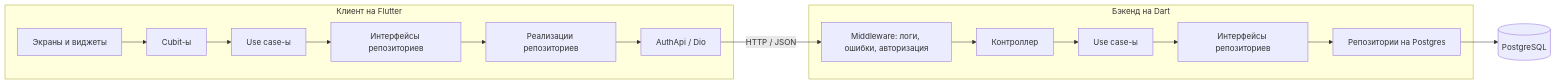
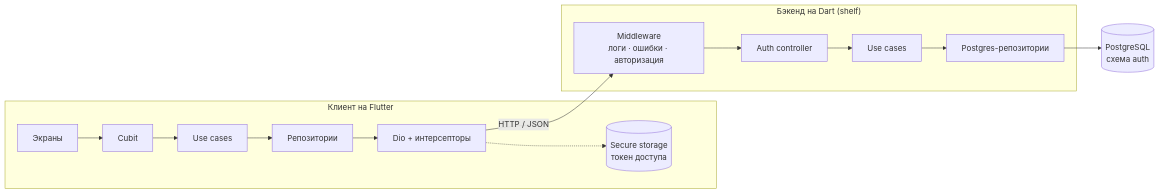
One commit to TrusTa01/flutter-shelf-auth-module changed the diagram in README.ru.md. Above: the diagram before and after it, drawn with Mermaid. The commit also changed other lines of this file and 8 other files, not shown here.

````diff
--- a/README.ru.md
+++ b/README.ru.md
@@ -98,18 +96,18 @@
 ```mermaid
 flowchart LR
-  subgraph Client [Клиент на Flutter]
-    UI[Экраны и виджеты] --> C[Cubit-ы]
-    C --> UC[Use case-ы]
-    UC --> R[Интерфейсы репозиториев]
-    R --> D[Реализации репозиториев]
-    D --> API[AuthApi / Dio]
-  end
-  subgraph Server [Бэкенд на Dart]
-    MW[Middleware: логи, ошибки, авторизация] --> H[Контроллер]
-    H --> SUC[Use case-ы]
-    SUC --> SR[Интерфейсы репозиториев]
-    SR --> SD[Репозитории на Postgres]
-  end
-  API -- HTTP / JSON --> MW
-  SD --> PG[(PostgreSQL)]
+    subgraph Client["Клиент на Flutter"]
+        UI["Экраны"] --> CU["Cubit"]
+        CU --> UC["Use cases"]
+        UC --> RP["Репозитории"]
+        RP --> DIO["Dio + интерсепторы"]
+        ST[("Secure storage<br/>токен доступа")]
+        DIO -.-> ST
+    end
+    subgraph Server["Бэкенд на Dart (shelf)"]
+        MW["Middleware<br/>логи · ошибки · авторизация"] --> CT["Auth controller"]
+        CT --> SUC["Use cases"]
+        SUC --> SRP["Postgres-репозитории"]
+    end
+    DIO -- "HTTP / JSON" --> MW
+    SRP --> PG[("PostgreSQL<br/>схема auth")]
 ```
````
